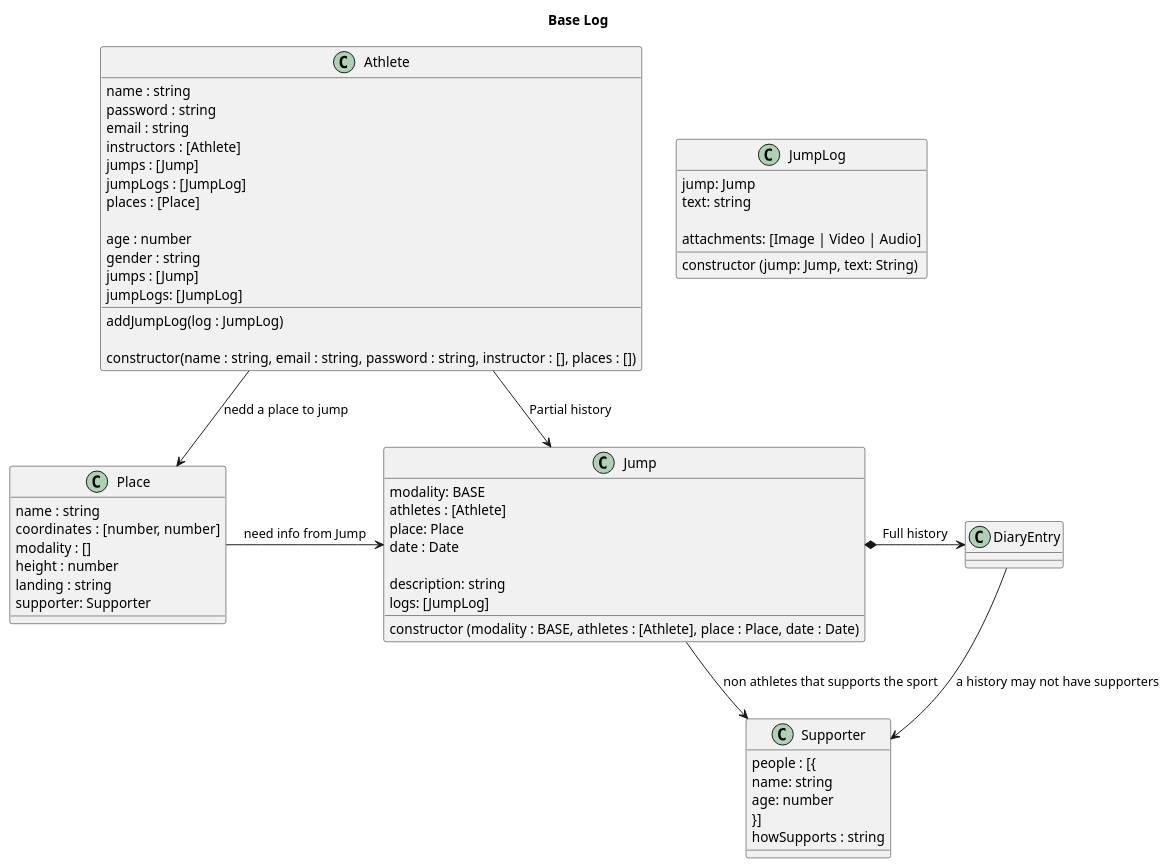
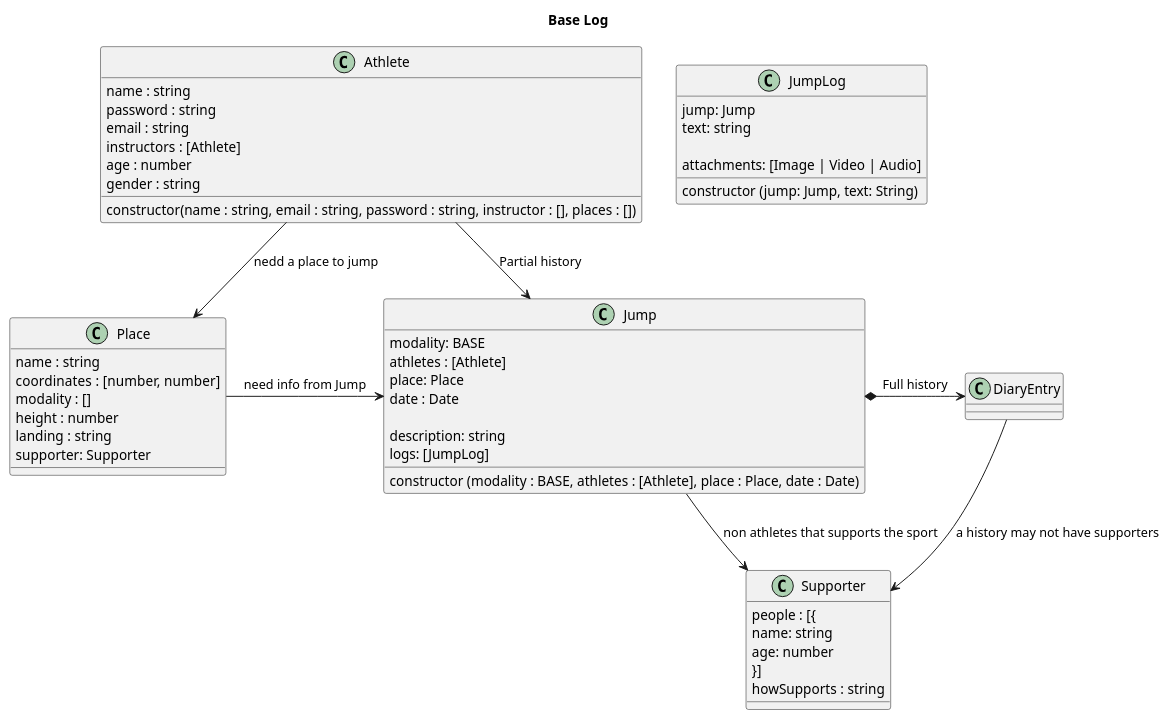
One commit to discombobulateme/webdoc changed the diagram in architecture/class.puml. Above: the diagram before and after it, drawn with PlantUML.

Commit message:
Change order to match needed order to run, Deletereferences from Athlete to follow order

```diff
--- a/architecture/class.puml
+++ b/architecture/class.puml
@@ -1,83 +1,80 @@
 @startuml Base Log
 Title Base Log
+
+'non Athletes that supports the sport
+class Supporter {
+' a supporter can associate with a place or a person
+people : [{
+  name: string
+  age: number
+}]
+howSupports : string
+}
+
+class Place {
+name : string
+coordinates : [number, number]
+modality : []
+height : number
+landing : string
+supporter: Supporter
+'add child: exitPoint
+}
 
 class Athlete {
 name : string
 password : string
 email : string
 instructors : [Athlete]
-jumps : [Jump]
-jumpLogs : [JumpLog]
-places : [Place]
-
 age : number
 gender : string
-' record of the jumps user did, has more than 1 log
-jumps : [Jump]
+
+' record of the jumps user did, can meet others
+'addJump(jump)
 ' my unique jumps logs
-jumpLogs: [JumpLog]
-
-addJumpLog(log : JumpLog)
+'addJumpLog(log : JumpLog)
 
 constructor(name : string, email : string, password : string, instructor : [], places : [])
 }
 
 class Jump {
 ' addJump(Jump)
 ' Verify: if that place exists
 ' Verify: if you are linked in date and place with a Jump
 modality: BASE
 athletes : [Athlete]
 place: Place
 date : Date
 
 ' this is a sinopse
 description: string
 logs: [JumpLog]
 
 constructor (modality : BASE, athletes : [Athlete], place : Place, date : Date)
 }
 
 class JumpLog {
 jump: Jump
 ' this is the full history text
 text: string
 
 attachments: [Image | Video | Audio]
 
 constructor (jump: Jump, text: String)
 }
 
-class Place {
-name : string
-coordinates : [number, number]
-modality : []
-height : number
-landing : string
-supporter: Supporter
-'add child: exitPoint
-}
 
-'non Athletes that supports the sport
-class Supporter {
-' a supporter can associate with a place or a person
-people : [{
-  name: string
-  age: number
-}]
-howSupports : string
-}
 
 ' Head *- Hand : composition
 ' Parent o-- IndependentChild : agregation
 ' Need --> Use : association
 
 Athlete --> Place : nedd a place to jump
 Athlete -> Jump : Partial history
 
 Place -> Jump : need info from Jump
 Jump *-> DiaryEntry : Full history
 Jump --> Supporter : non athletes that supports the sport
 DiaryEntry --> Supporter : a history may not have supporters
 
 @enduml
```
